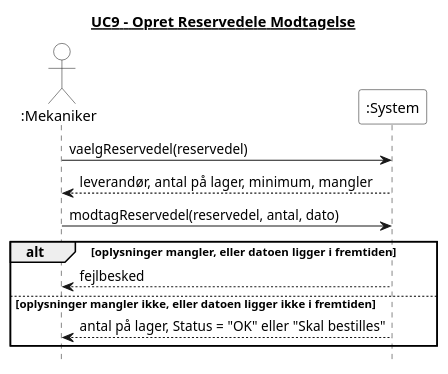
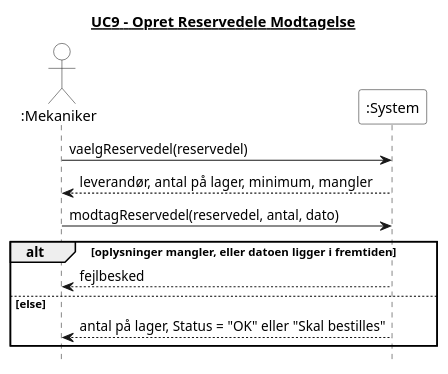
Before and after one commit to Zoabz/Getting-Real: the diagram in 4. System Sekvens Diagram/UC9_opret_reservedele_modtagelse.puml, drawn with PlantUML. The commit also changed 7 other files, not shown here.

```diff
--- a/4. System Sekvens Diagram/UC9_opret_reservedele_modtagelse.puml
+++ b/4. System Sekvens Diagram/UC9_opret_reservedele_modtagelse.puml
@@ -1,29 +1,29 @@
 @startuml
 title <u>UC9 - Opret Reservedele Modtagelse</u>
 hide footbox
 skinparam monochrome true
 skinparam shadowing false
 skinparam backgroundColor white
 skinparam actor {
   BackgroundColor white
 }
 skinparam participant {
   BackgroundColor white
 }
 
 actor ":Mekaniker"
 participant ":System" as System
 
 ":Mekaniker" -> System : vaelgReservedel(reservedel)
 
 System --> ":Mekaniker" : leverandør, antal på lager, minimum, mangler
 
 ":Mekaniker" -> System : modtagReservedel(reservedel, antal, dato)
 
 alt oplysninger mangler, eller datoen ligger i fremtiden
   System --> ":Mekaniker" : fejlbesked
-else oplysninger mangler ikke, eller datoen ligger ikke i fremtiden
+else else
   System --> ":Mekaniker" : antal på lager, Status = "OK" eller "Skal bestilles"
 end
 
 @enduml
```
